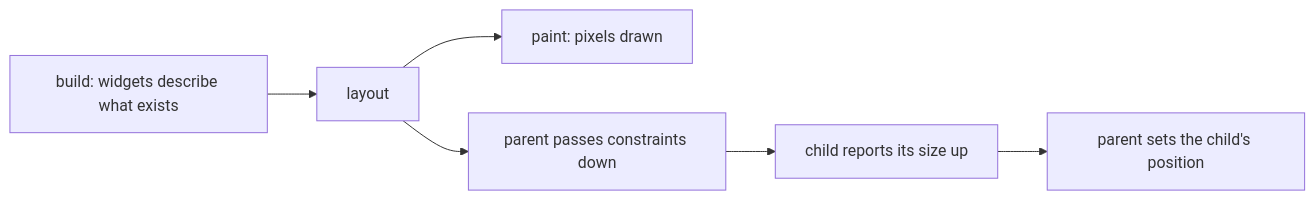
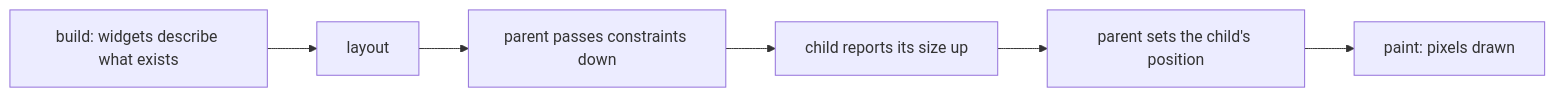
Before and after one commit to duyan11110/lo-trinh-architect: the diagram in content/tracks/frontend/flutter-foundations/frontend.l1.build-layout-paint.en.md, drawn with Mermaid. The commit also changed other lines of this file and 1 other file, not shown here.

Commit message:
lesson: approve frontend.l1.build-layout-paint (technical pass r3, junior pass r2, minors applied)

````diff
--- a/content/tracks/frontend/flutter-foundations/frontend.l1.build-layout-paint.en.md
+++ b/content/tracks/frontend/flutter-foundations/frontend.l1.build-layout-paint.en.md
@@ -38,8 +40,8 @@
 ```mermaid
 flowchart LR
   B[build: widgets describe what exists] --> L[layout]
-  L --> P[paint: pixels drawn]
   L --> PA[parent passes constraints down]
   PA --> CH[child reports its size up]
   CH --> PO[parent sets the child's position]
+  PO --> P[paint: pixels drawn]
 ```
````
